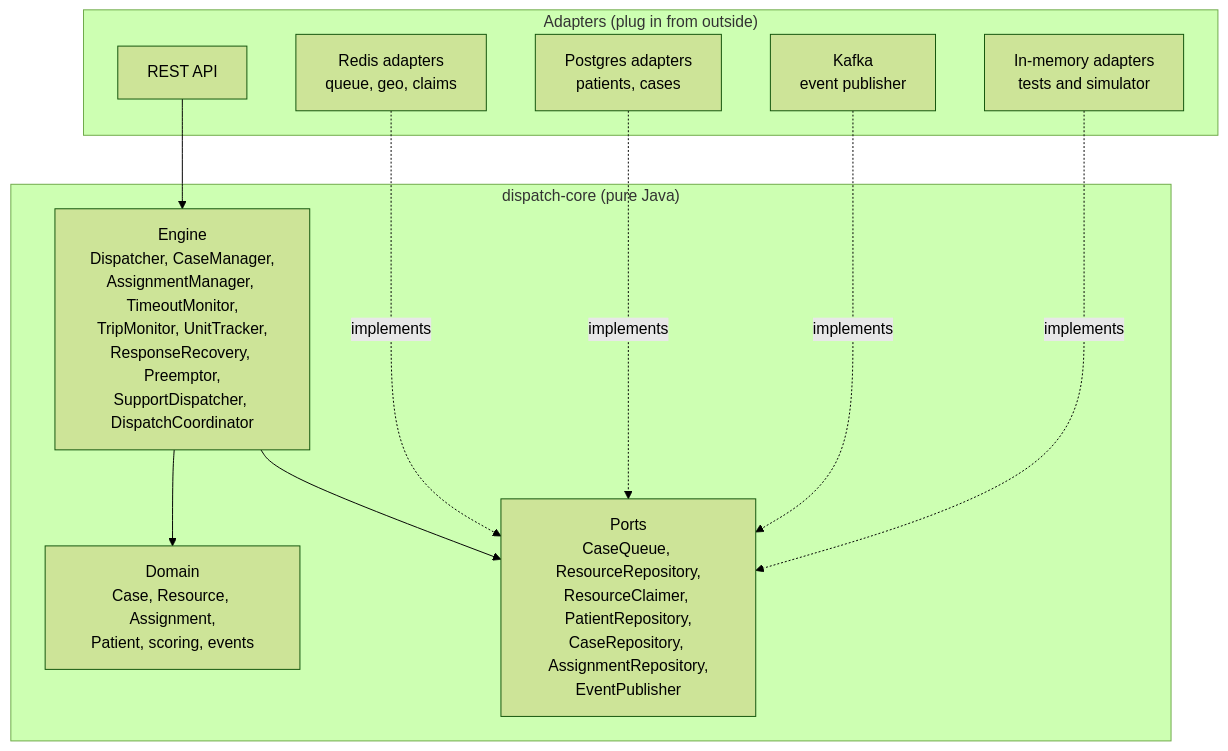
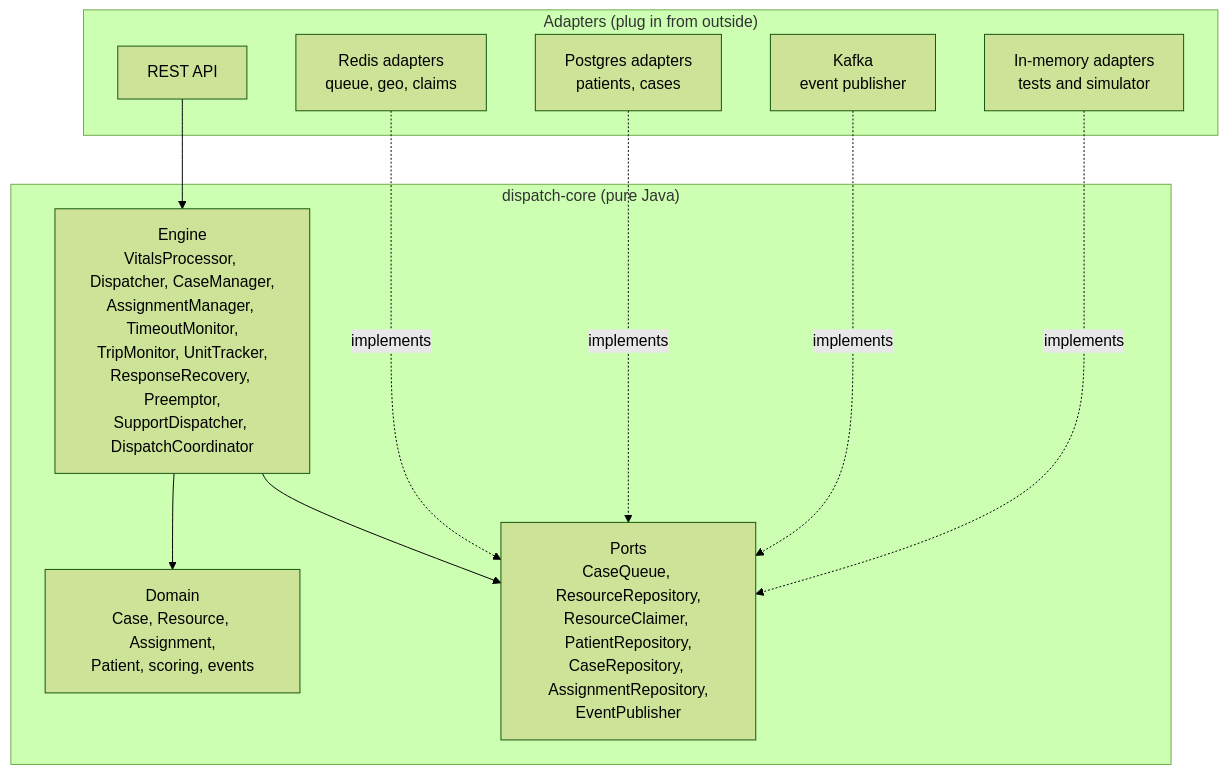
The third of 3 diagrams in README.md (anujpi/medidispatch), drawn with Mermaid (forest theme) before and after one commit. The commit also changed other lines of this file and 8 other files, not shown here.

````diff
--- a/README.md
+++ b/README.md
@@ -105,22 +105,22 @@
 ```mermaid
 flowchart TB
     subgraph Outside["Adapters (plug in from outside)"]
         REST[REST API]
         REDIS[Redis adapters<br/>queue, geo, claims]
         PG[Postgres adapters<br/>patients, cases]
         KAFKA[Kafka<br/>event publisher]
         MEM[In-memory adapters<br/>tests and simulator]
     end
     subgraph Core["dispatch-core (pure Java)"]
-        ENG[Engine<br/>Dispatcher, CaseManager,<br/>AssignmentManager, TimeoutMonitor,<br/>TripMonitor, UnitTracker,<br/>ResponseRecovery, Preemptor,<br/>SupportDispatcher, DispatchCoordinator]
+        ENG[Engine<br/>VitalsProcessor, Dispatcher, CaseManager,<br/>AssignmentManager, TimeoutMonitor,<br/>TripMonitor, UnitTracker,<br/>ResponseRecovery, Preemptor,<br/>SupportDispatcher, DispatchCoordinator]
         DOM[Domain<br/>Case, Resource, Assignment,<br/>Patient, scoring, events]
         PORTS[Ports<br/>CaseQueue, ResourceRepository,<br/>ResourceClaimer, PatientRepository,<br/>CaseRepository, AssignmentRepository,<br/>EventPublisher]
     end
     REST --> ENG
     ENG --> DOM
     ENG --> PORTS
     REDIS -. implements .-> PORTS
     PG -. implements .-> PORTS
     KAFKA -. implements .-> PORTS
     MEM -. implements .-> PORTS
 ```
````
